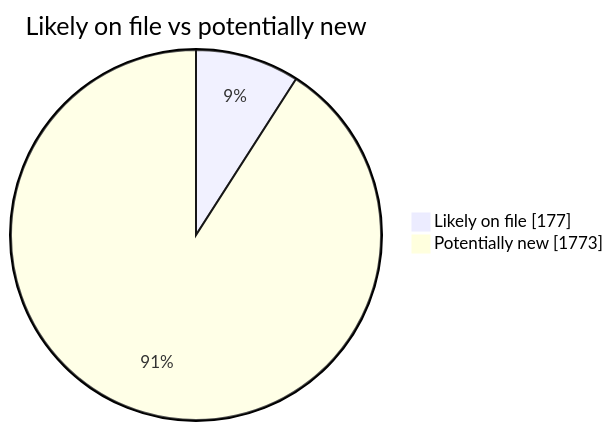
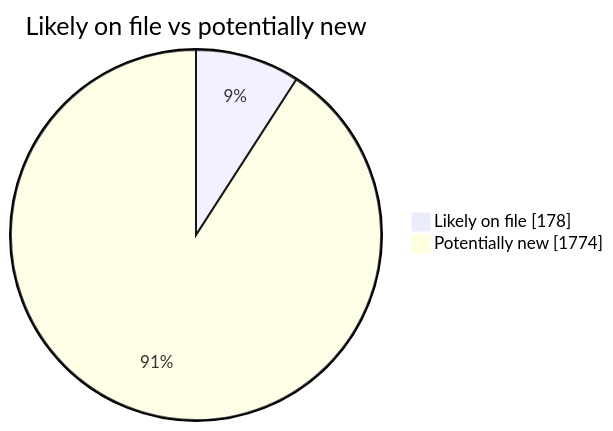
One commit to martinbalfanz/social-scanner-reports changed the second of 4 diagrams in README.md. Above: the diagram before and after it, drawn with Mermaid. The commit also changed other lines of this file and 4 other files, not shown here.

````diff
--- a/README.md
+++ b/README.md
@@ -40,5 +40,5 @@
 ```mermaid
 pie showData title Likely on file vs potentially new
-    "Likely on file" : 177
-    "Potentially new" : 1773
+    "Likely on file" : 178
+    "Potentially new" : 1774
 ```
````
